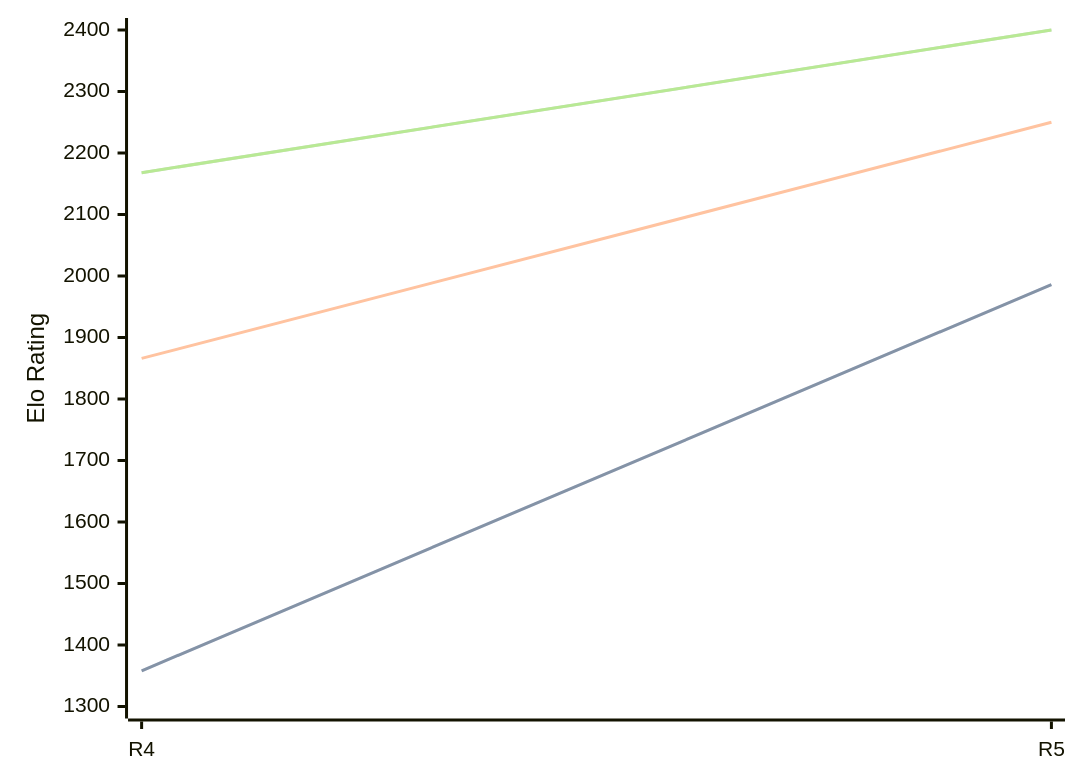
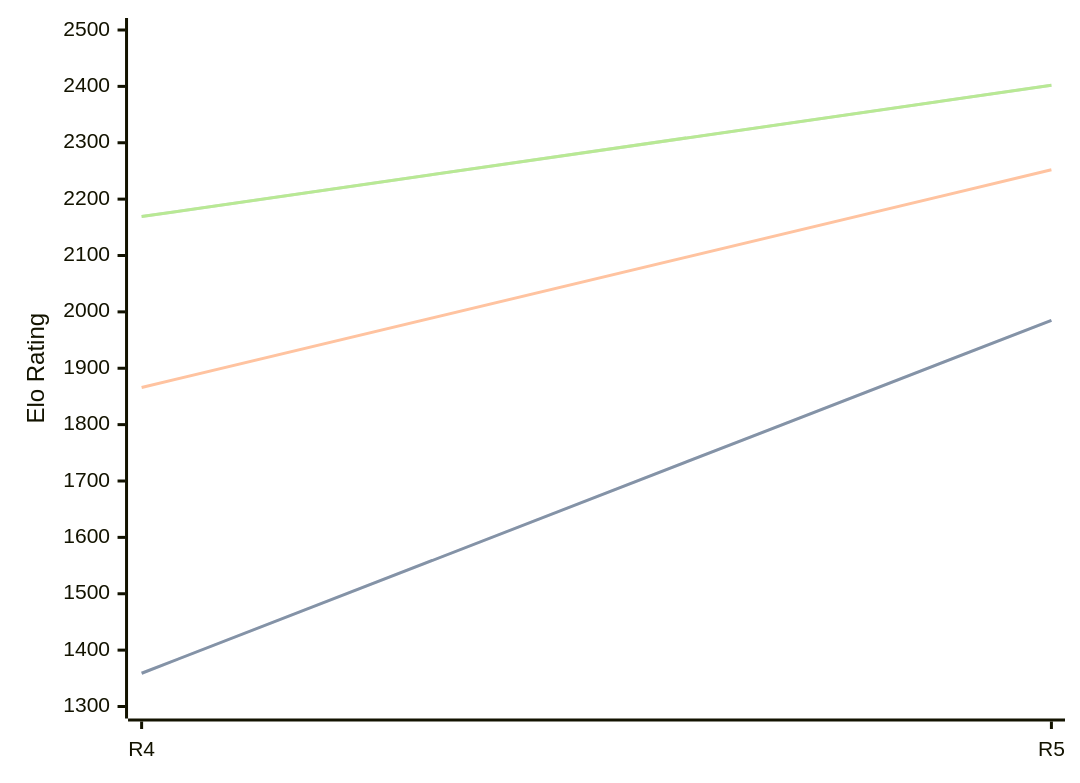
One commit to computer-chess-index/cci changed the diagram in engines/Viking.md. Above: the diagram before and after it, drawn with Mermaid. The commit also changed other lines of this file, not shown here.

Commit message:
Update CCI Ratings (ELO VLTC) - 2026-05-16

````diff
--- a/engines/Viking.md
+++ b/engines/Viking.md
@@ -35,11 +35,11 @@
 ```mermaid
 %%{init: {"theme":"base","themeVariables":{"seriesColors:['#a3a3a3','#222221','#faa371']}}}%%
 xychart-beta
   x-axis ["R4", "R5"]
-  y-axis "Elo Rating" 1300 --> 2400
-  line "STC (8.0+0.08s)" [1358, 1986]
-  line "STC (8.0+0.08s)" [1358, 1986]
-  line "LTC (60.0+0.60s)" [1866, 2250]
-  line "VLTC (2m24s+1.12s)" [2168, 2400]
-  line "VLTC (2m24s+1.12s)" [2168, 2400]
+  y-axis "Elo Rating" 1300 --> 2500
+  line "STC (8.0+0.08s)" [1359, 1985]
+  line "STC (8.0+0.08s)" [1359, 1985]
+  line "LTC (60.0+0.60s)" [1866, 2252]
+  line "VLTC (2m24s+1.12s)" [2169, 2402]
+  line "VLTC (2m24s+1.12s)" [2169, 2402]
 ```
````
